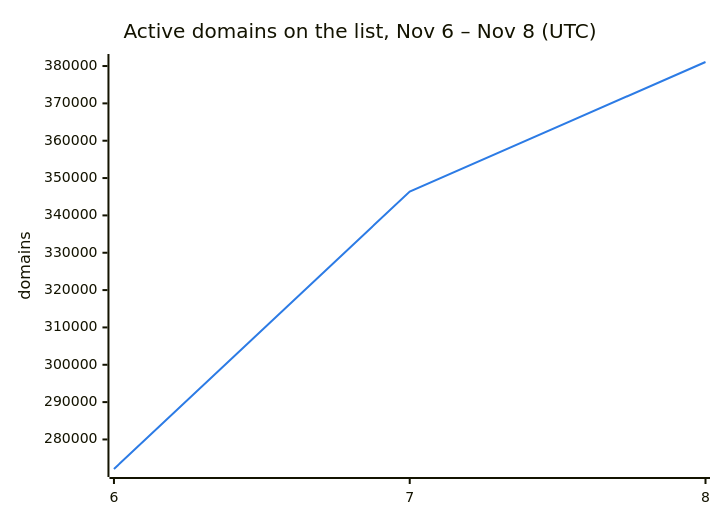
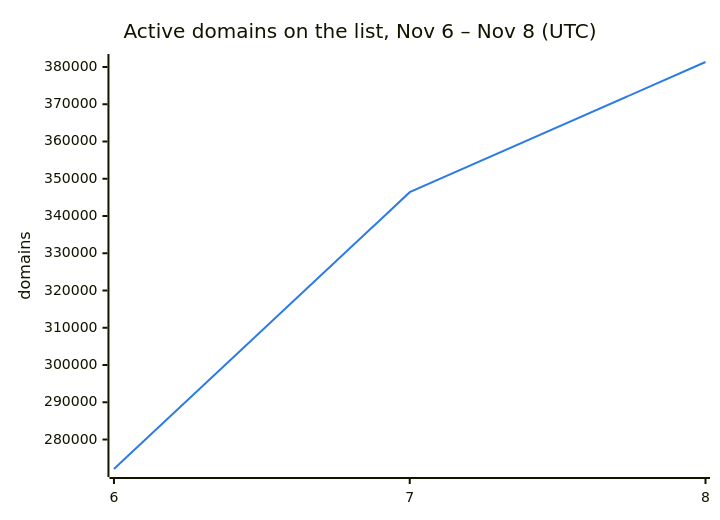
One commit to DNSBunker/CTI changed the second of 3 diagrams in README.md. Above: the diagram before and after it, drawn with Mermaid. The commit also changed other lines of this file and 3 other files, not shown here.

````diff
--- a/README.md
+++ b/README.md
@@ -38,8 +38,8 @@
 ```mermaid
 %%{init: {"themeVariables": {"xyChart": {"plotColorPalette": "#2c7be5"}}}}%%
 xychart-beta
     title "Active domains on the list, Nov 6 – Nov 8 (UTC)"
     x-axis ["6", "7", "8"]
     y-axis "domains"
-    line [272088, 346388, 381081]
+    line [272088, 346388, 381339]
 ```
````
